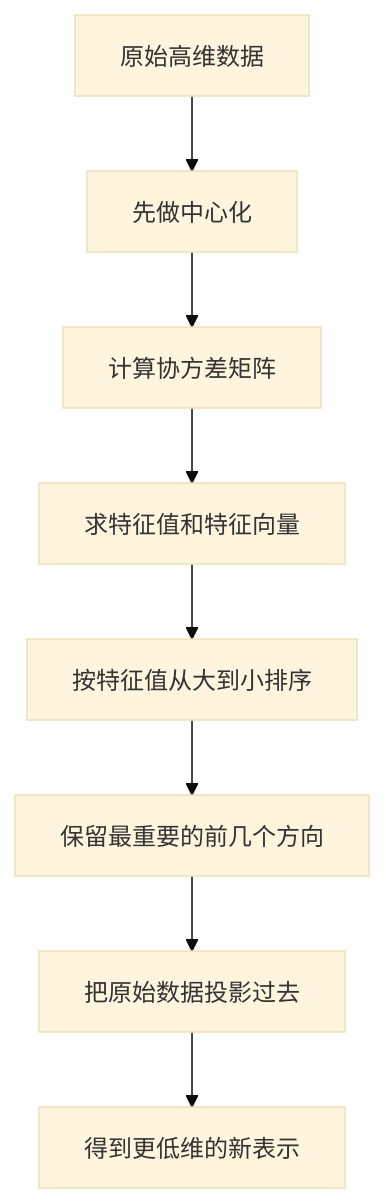
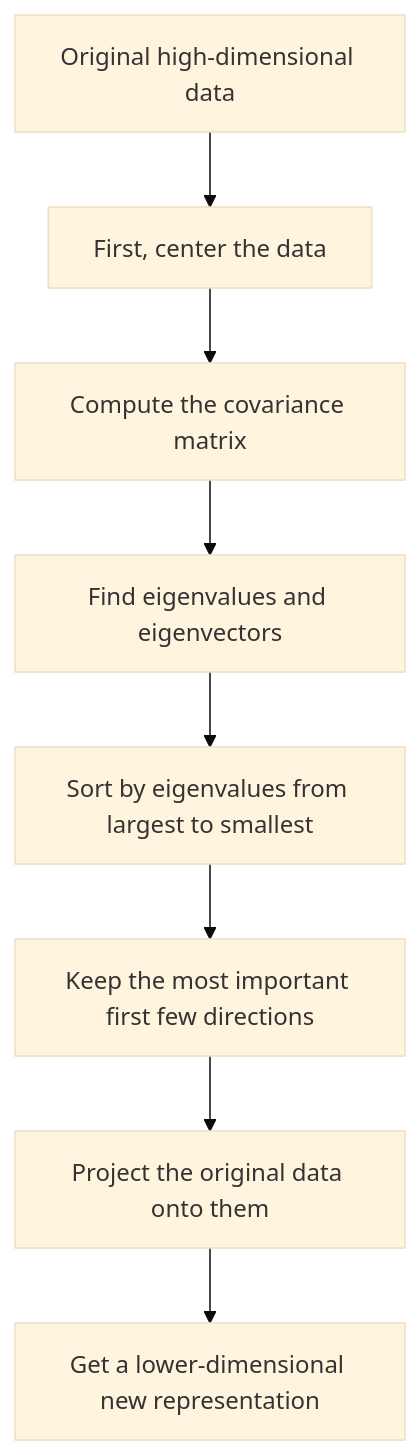
Before and after one commit to oudbiao/AI-fullstack-course: the second of 4 diagrams in docs/ch04-ai-math/ch01-linear-algebra/03-eigenvalues.md, drawn with Mermaid (base theme). The commit also changed other lines of this file and 1406 other files, not shown here.

````diff
--- a/docs/ch04-ai-math/ch01-linear-algebra/03-eigenvalues.md
+++ b/docs/ch04-ai-math/ch01-linear-algebra/03-eigenvalues.md
@@ -227,10 +227,10 @@
 ```mermaid
 flowchart TD
-    A["原始高维数据"] --> B["先做中心化"]
-    B --> C["计算协方差矩阵"]
-    C --> D["求特征值和特征向量"]
-    D --> E["按特征值从大到小排序"]
-    E --> F["保留最重要的前几个方向"]
-    F --> G["把原始数据投影过去"]
-    G --> H["得到更低维的新表示"]
+    A["Original high-dimensional data"] --> B["First, center the data"]
+    B --> C["Compute the covariance matrix"]
+    C --> D["Find eigenvalues and eigenvectors"]
+    D --> E["Sort by eigenvalues from largest to smallest"]
+    E --> F["Keep the most important first few directions"]
+    F --> G["Project the original data onto them"]
+    G --> H["Get a lower-dimensional new representation"]
 ```
````
